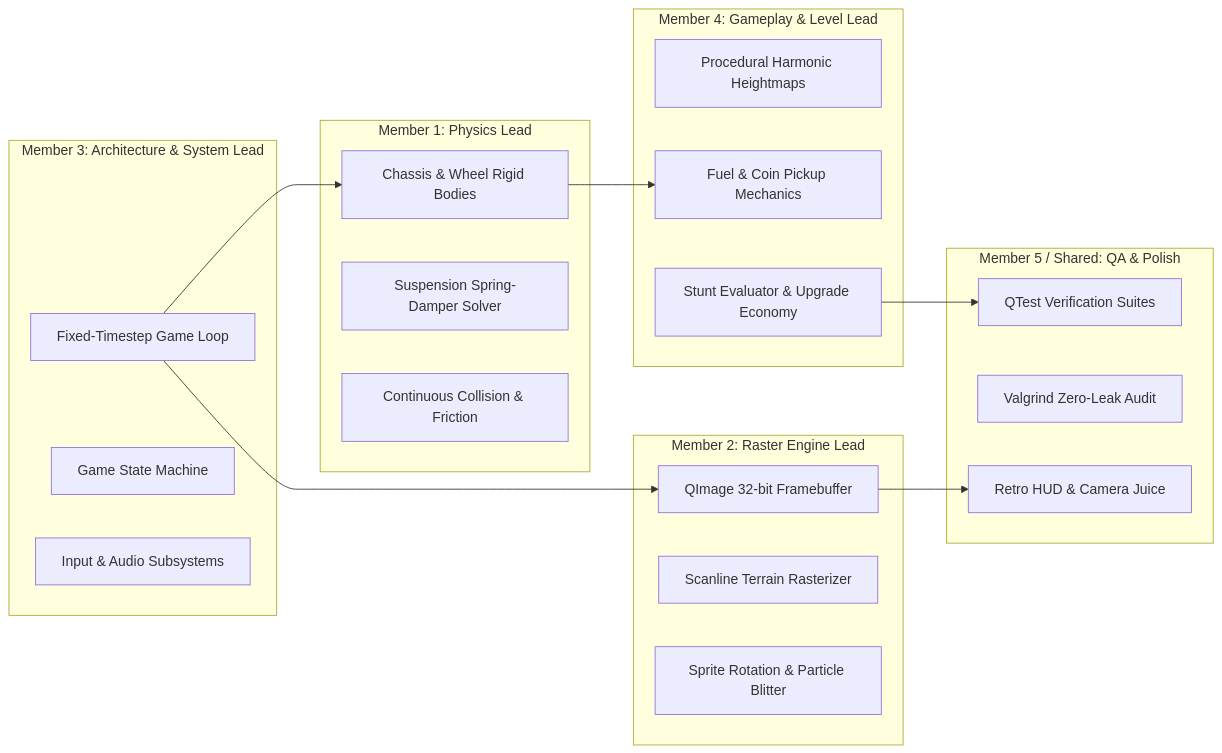
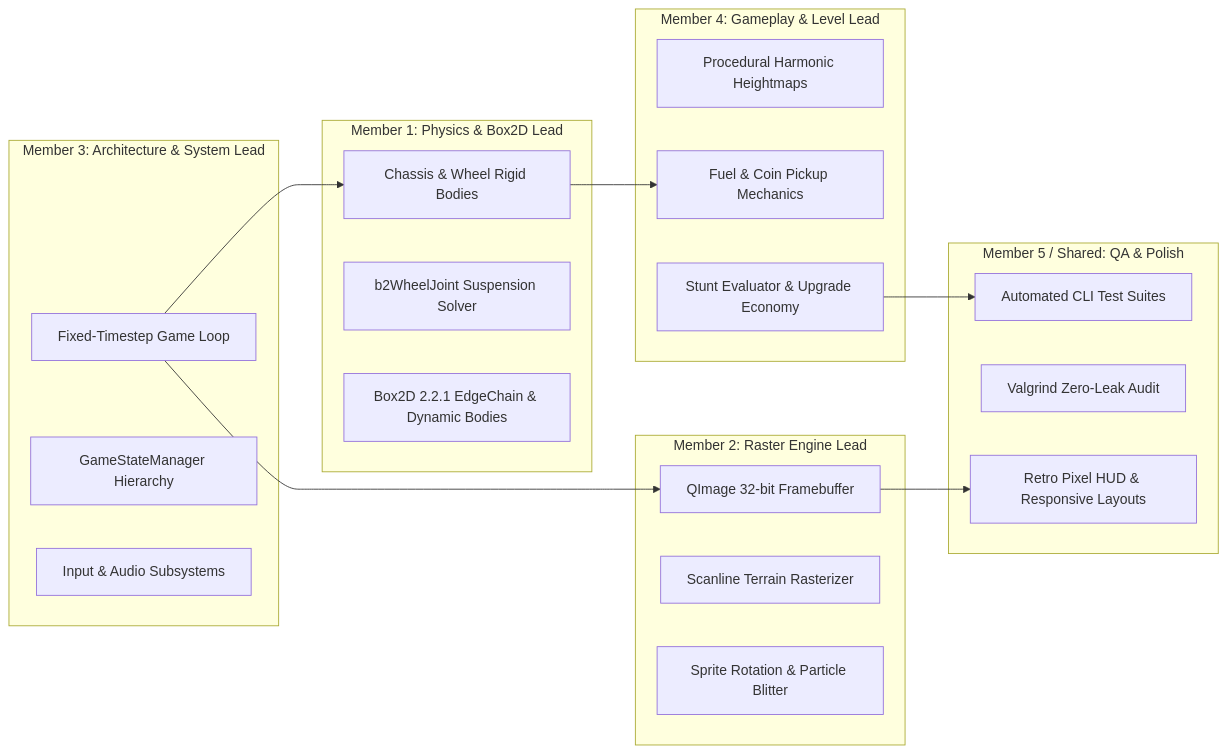
Before and after one commit to Anubhab-Rakshit/hill-climb-racing-qt: the diagram in docs/06_TEAM_DIVISION_ROADMAP_AND_TESTING.md, drawn with Mermaid. The commit also changed other lines of this file and 2 other files, not shown here.

Commit message:
docs: refresh README for Box2D build and test workflow

````diff
--- a/docs/06_TEAM_DIVISION_ROADMAP_AND_TESTING.md
+++ b/docs/06_TEAM_DIVISION_ROADMAP_AND_TESTING.md
@@ -9,38 +9,38 @@
 ```mermaid
 graph LR
-    subgraph Member 1: Physics Lead
+    subgraph Member 1: Physics & Box2D Lead
         P1[Chassis & Wheel Rigid Bodies]
-        P2[Suspension Spring-Damper Solver]
-        P3[Continuous Collision & Friction]
+        P2[b2WheelJoint Suspension Solver]
+        P3[Box2D 2.2.1 EdgeChain & Dynamic Bodies]
     end
 
     subgraph Member 2: Raster Engine Lead
         R1[QImage 32-bit Framebuffer]
         R2[Scanline Terrain Rasterizer]
         R3[Sprite Rotation & Particle Blitter]
     end
 
     subgraph Member 3: Architecture & System Lead
         A1[Fixed-Timestep Game Loop]
-        A2[Game State Machine]
+        A2[GameStateManager Hierarchy]
         A3[Input & Audio Subsystems]
     end
 
     subgraph Member 4: Gameplay & Level Lead
         G1[Procedural Harmonic Heightmaps]
         G2[Fuel & Coin Pickup Mechanics]
         G3[Stunt Evaluator & Upgrade Economy]
     end
 
     subgraph Member 5 / Shared: QA & Polish
-        Q1[QTest Verification Suites]
+        Q1[Automated CLI Test Suites]
         Q2[Valgrind Zero-Leak Audit]
-        Q3[Retro HUD & Camera Juice]
+        Q3[Retro Pixel HUD & Responsive Layouts]
     end
 
     A1 --> P1
     A1 --> R1
     P1 --> G2
     R1 --> Q3
     G3 --> Q1
 ```
````
